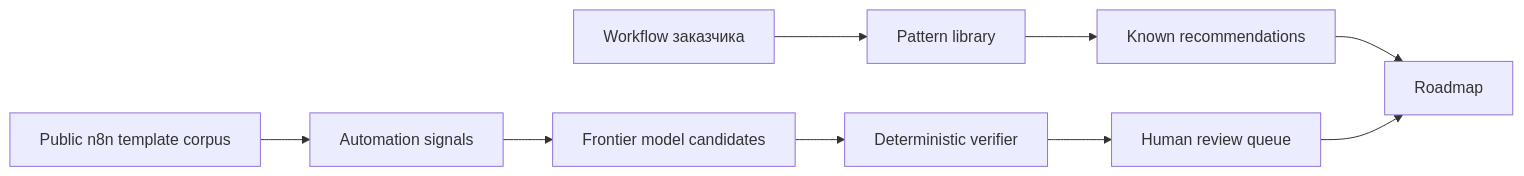
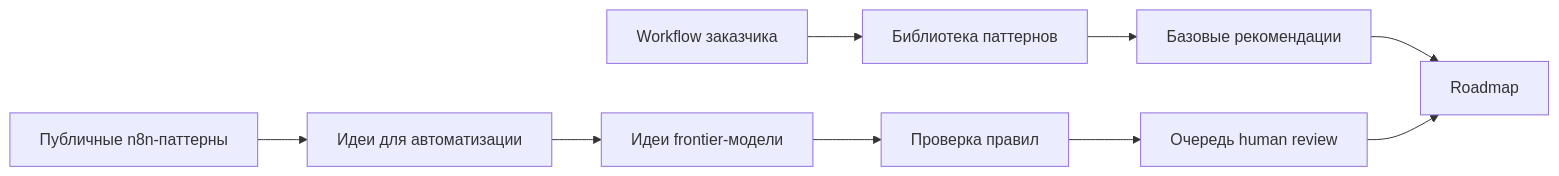
The second of 2 diagrams in docs/demo/ACCELERATOR_APPLICATION_REVIEW_ROADMAP_RU.md (ashishki/-Workflow-to-Agent-Studio), drawn with Mermaid before and after one commit. The commit also changed other lines of this file and 9 other files, not shown here.

````diff
--- a/docs/demo/ACCELERATOR_APPLICATION_REVIEW_ROADMAP_RU.md
+++ b/docs/demo/ACCELERATOR_APPLICATION_REVIEW_ROADMAP_RU.md
@@ -97,11 +97,11 @@
 ```mermaid
 flowchart LR
-    A[Workflow заказчика] --> B[Pattern library]
-    C[Public n8n template corpus] --> D[Automation signals]
-    B --> E[Known recommendations]
-    D --> F[Frontier model candidates]
-    F --> G[Deterministic verifier]
+    A[Workflow заказчика] --> B[Библиотека паттернов]
+    C[Публичные n8n-паттерны] --> D[Идеи для автоматизации]
+    B --> E[Базовые рекомендации]
+    D --> F[Идеи frontier-модели]
+    F --> G[Проверка правил]
     E --> H[Roadmap]
-    G --> I[Human review queue]
+    G --> I[Очередь human review]
     I --> H
 ```
````
